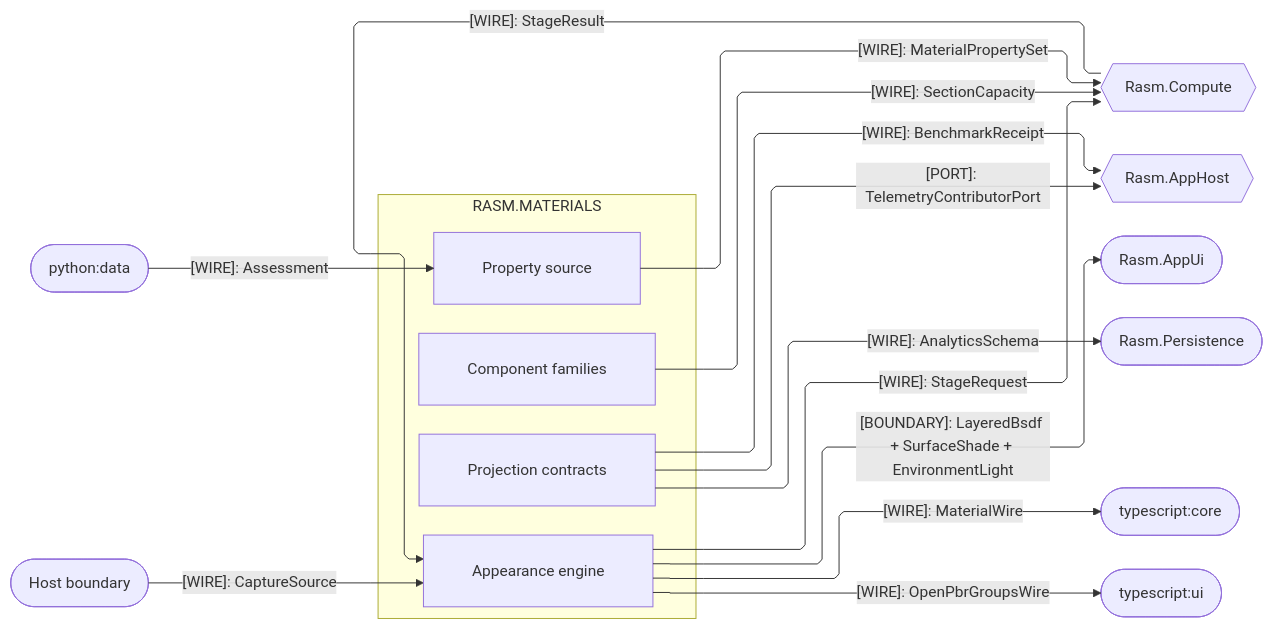
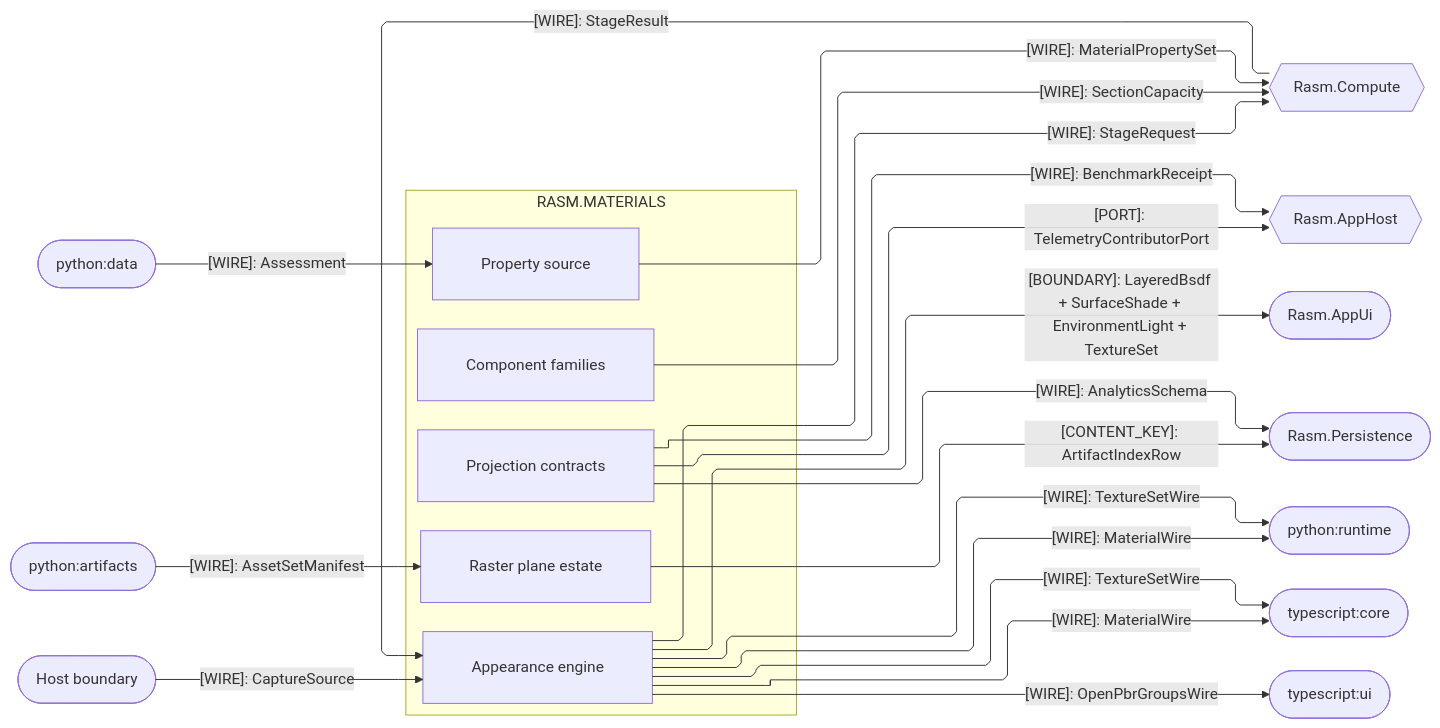
The third of 3 diagrams in libs/csharp/Rasm.Materials/ARCHITECTURE.md (bsamiee/Rasm), drawn with Mermaid before and after one commit. The commit also changed other lines of this file and 236 other files, not shown here.

````diff
--- a/libs/csharp/Rasm.Materials/ARCHITECTURE.md
+++ b/libs/csharp/Rasm.Materials/ARCHITECTURE.md
@@ -143,38 +143,46 @@
 ```mermaid
 ---
 config:
   layout: elk
   flowchart:
     curve: linear
     padding: 25
 ---
 flowchart LR
     accTitle: Materials platform, compute, and cross-runtime seams
-    accDescr: Materials sub-domain owners exchanging capacity, property, appearance, capture, telemetry, benchmark, and analytics wires with compute, the app host spine, the persistence store plane, the render host, the Python data peer, and the TypeScript core and viewer peers, one edge per contract family labeled by kind.
+    accDescr: Materials sub-domain owners exchanging capacity, property, appearance, capture, telemetry, benchmark, and analytics wires plus artifact content keys with compute, the app host spine, the persistence store plane, the render host, the Python data peer, and the TypeScript core and viewer peers, one edge per contract family labeled by kind.
     subgraph materials[RASM.MATERIALS]
         Component[Component families]
         Properties[Property source]
         Appearance[Appearance engine]
+        Raster[Raster plane estate]
         Projection[Projection contracts]
     end
     Compute{{Rasm.Compute}}
     AppHost{{Rasm.AppHost}}
     AppUi([Rasm.AppUi])
     Persistence([Rasm.Persistence])
     DataPeer([python:data])
+    PyArtifacts([python:artifacts])
+    PyRuntime([python:runtime])
     Core([typescript:core])
     Ui([typescript:ui])
     Host([Host boundary])
     Component e1@-->|"[WIRE]: SectionCapacity"| Compute
     Properties e2@-->|"[WIRE]: MaterialPropertySet"| Compute
     DataPeer e3@-->|"[WIRE]: Assessment"| Properties
     Appearance e11@-->|"[WIRE]: StageRequest"| Compute
     Compute e12@-->|"[WIRE]: StageResult"| Appearance
-    Appearance e4@-->|"[BOUNDARY]: LayeredBsdf + SurfaceShade + EnvironmentLight"| AppUi
+    Appearance e4@-->|"[BOUNDARY]: LayeredBsdf + SurfaceShade + EnvironmentLight + TextureSet"| AppUi
     Appearance e5@-->|"[WIRE]: MaterialWire"| Core
+    Appearance e13@-->|"[WIRE]: MaterialWire"| PyRuntime
+    Appearance e14@-->|"[WIRE]: TextureSetWire"| Core
+    Appearance e15@-->|"[WIRE]: TextureSetWire"| PyRuntime
     Appearance e6@-->|"[WIRE]: OpenPbrGroupsWire"| Ui
+    PyArtifacts e16@-->|"[WIRE]: AssetSetManifest"| Raster
     Host e7@-->|"[WIRE]: CaptureSource"| Appearance
     Projection e8@-->|"[PORT]: TelemetryContributorPort"| AppHost
     Projection e9@-->|"[WIRE]: BenchmarkReceipt"| AppHost
     Projection e10@-->|"[WIRE]: AnalyticsSchema"| Persistence
+    Raster e17@-->|"[CONTENT_KEY]: ArtifactIndexRow"| Persistence
 ```
````
